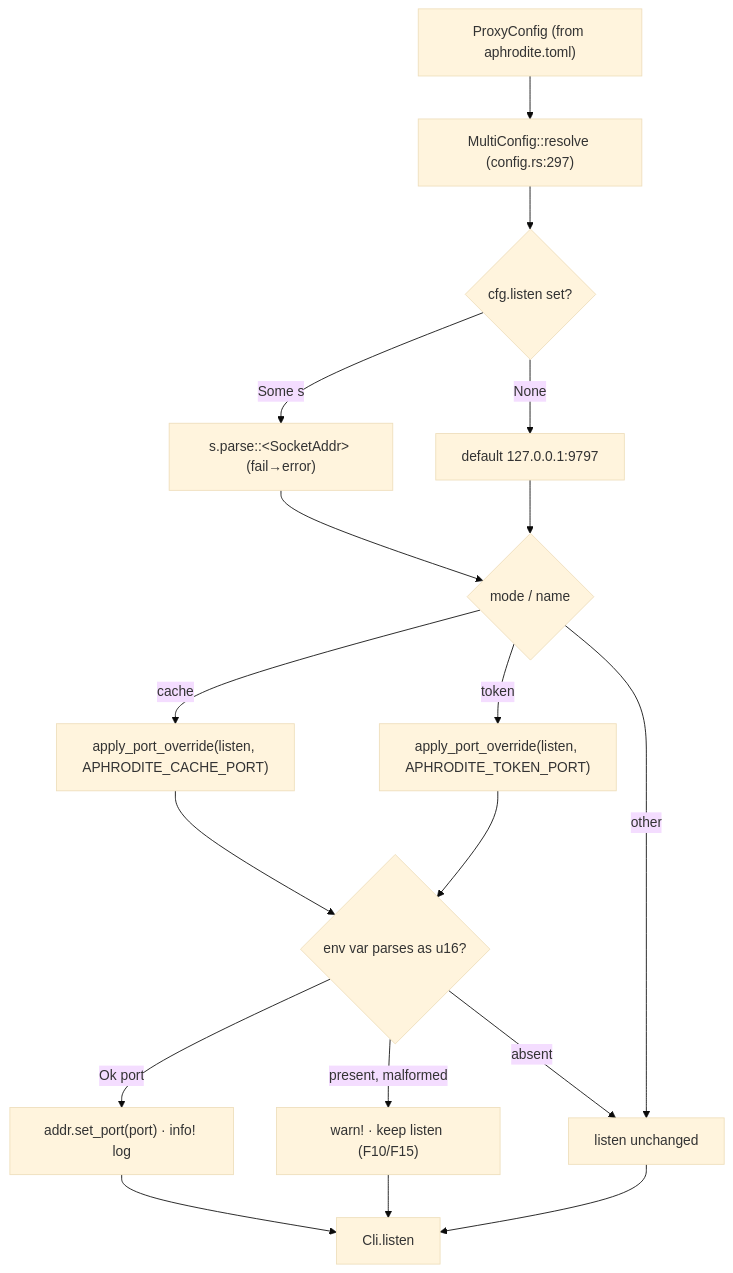
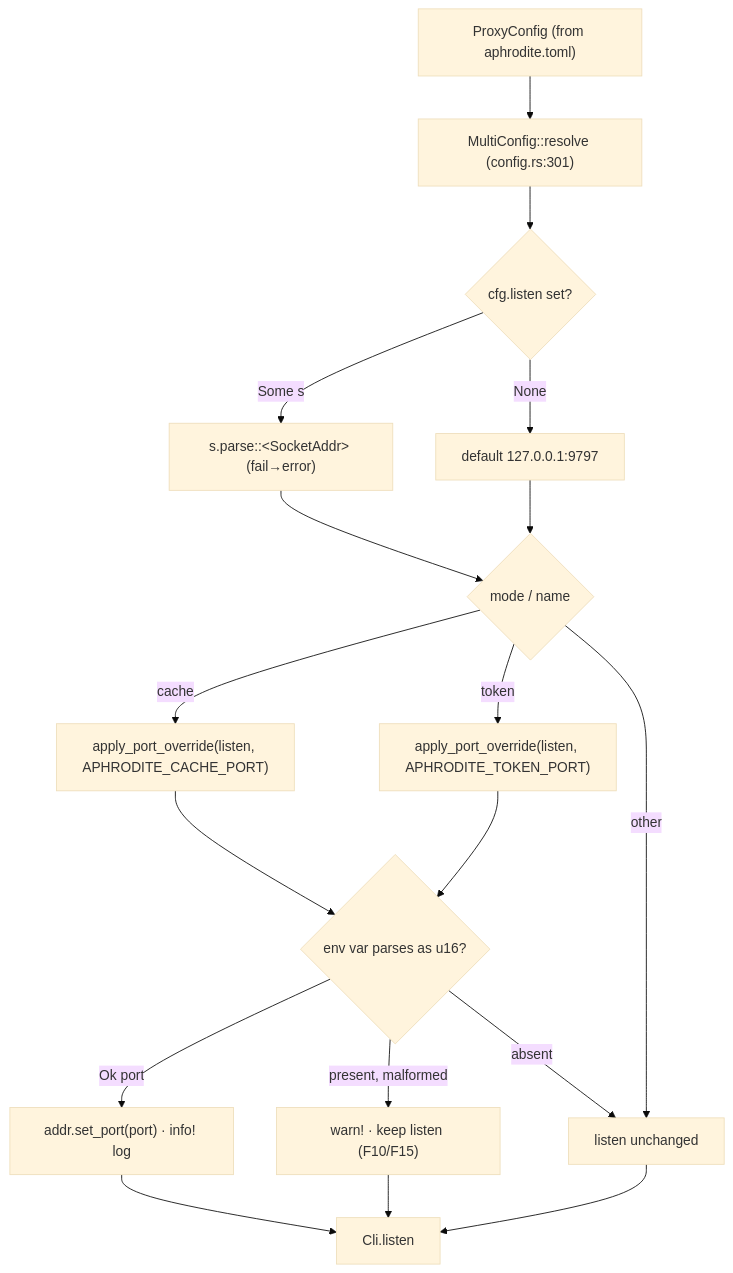
One commit to PlayForm/Aphrodite changed the second of 3 diagrams in .hermes/uml/01-startup.md. Above: the diagram before and after it, drawn with Mermaid (base theme). The commit also changed other lines of this file and 20 other files, not shown here.

````diff
--- a/.hermes/uml/01-startup.md
+++ b/.hermes/uml/01-startup.md
@@ -75,20 +79,20 @@
 ```mermaid
 flowchart TD
-    A["ProxyConfig (from aphrodite.toml)"] --> B["MultiConfig::resolve (config.rs:297)"]
+    A["ProxyConfig (from aphrodite.toml)"] --> B["MultiConfig::resolve (config.rs:301)"]
     B --> C{"cfg.listen set?"}
     C -->|Some s| D["s.parse::&lt;SocketAddr&gt; (fail→error)"]
     C -->|None| E["default 127.0.0.1:9797"]
     D --> F{"mode / name"}
     E --> F
     F -->|cache| G["apply_port_override(listen, APHRODITE_CACHE_PORT)"]
     F -->|token| H["apply_port_override(listen, APHRODITE_TOKEN_PORT)"]
     F -->|other| I["listen unchanged"]
     G --> J{"env var parses as u16?"}
     H --> J
     J -->|Ok port| K["addr.set_port(port) · info! log"]
     J -->|present, malformed| L["warn! · keep listen (F10/F15)"]
     J -->|absent| I
     K --> M["Cli.listen"]
     L --> M
     I --> M
 ```
````
